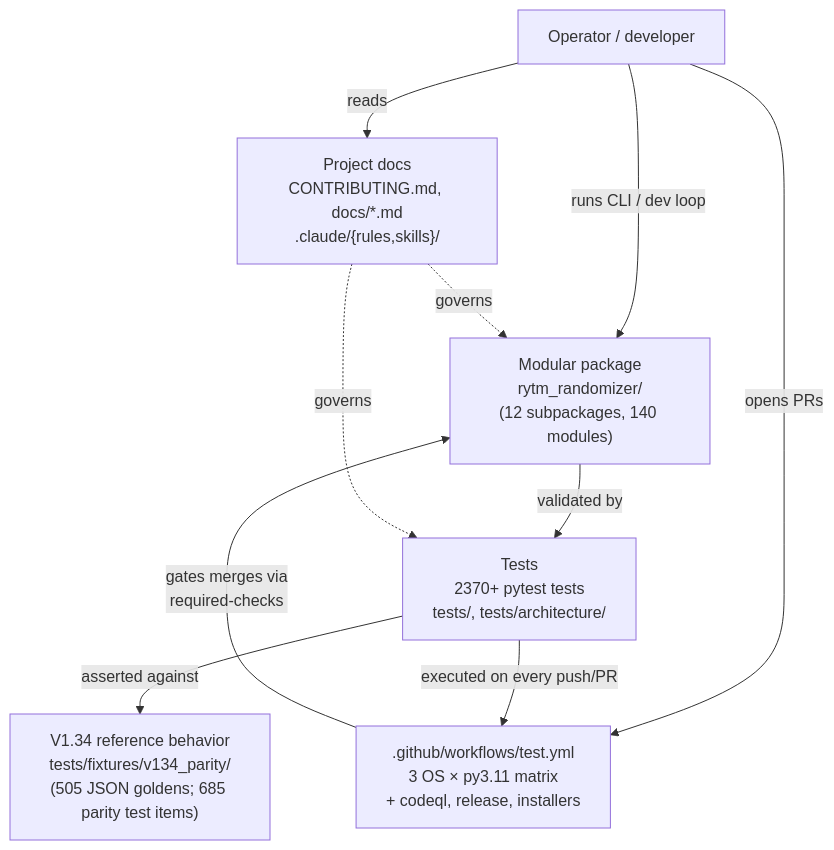
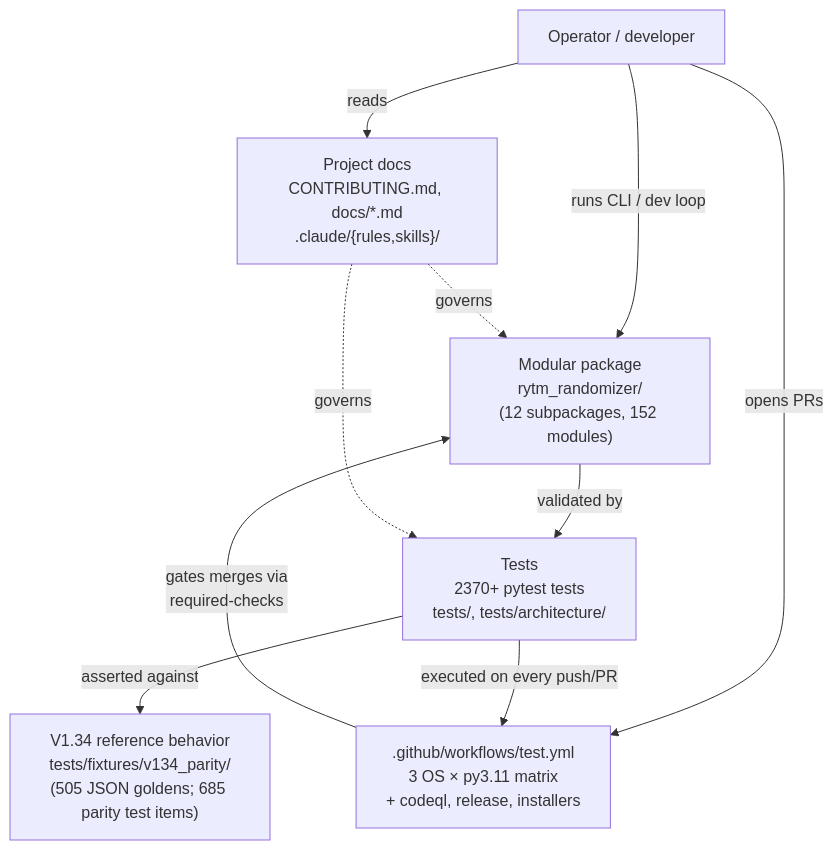
One commit to buzzijose-hub/RytmRandomizer changed the first of 26 diagrams in docs/ARCHITECTURE_DIAGRAMS.md. Above: the diagram before and after it, drawn with Mermaid. The commit also changed other lines of this file and 14 other files, not shown here.

````diff
--- a/docs/ARCHITECTURE_DIAGRAMS.md
+++ b/docs/ARCHITECTURE_DIAGRAMS.md
@@ -47,22 +47,22 @@
 ```mermaid
 flowchart TB
     User["Operator / developer"]
     V134["V1.34 reference behavior<br/>tests/fixtures/v134_parity/<br/>(505 JSON goldens; 685 parity test items)"]
-    Package["Modular package<br/>rytm_randomizer/<br/>(12 subpackages, 140 modules)"]
+    Package["Modular package<br/>rytm_randomizer/<br/>(12 subpackages, 152 modules)"]
     Tests["Tests<br/>2370+ pytest tests<br/>tests/, tests/architecture/"]
     CI[".github/workflows/test.yml<br/>3 OS × py3.11 matrix<br/>+ codeql, release, installers"]
     Docs["Project docs<br/>CONTRIBUTING.md, docs/*.md<br/>.claude/{rules,skills}/"]
 
     User -->|"runs CLI / dev loop"| Package
     User -->|"opens PRs"| CI
     User -->|"reads"| Docs
 
     Package -->|"validated by"| Tests
     Tests -->|"asserted against"| V134
     Tests -->|"executed on every push/PR"| CI
 
     CI -->|"gates merges via<br/>required-checks"| Package
 
     Docs -.->|"governs"| Package
     Docs -.->|"governs"| Tests
 ```
````
